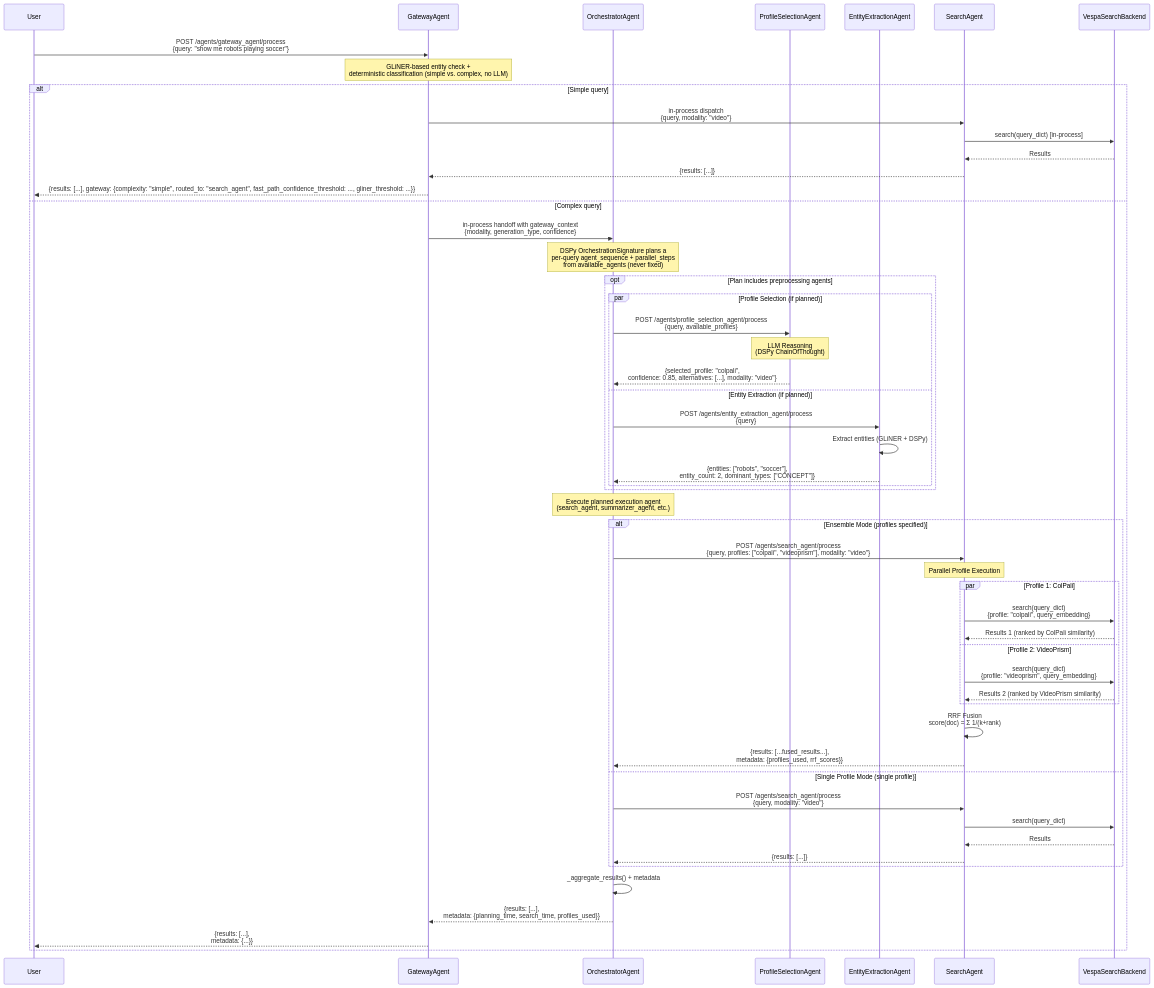
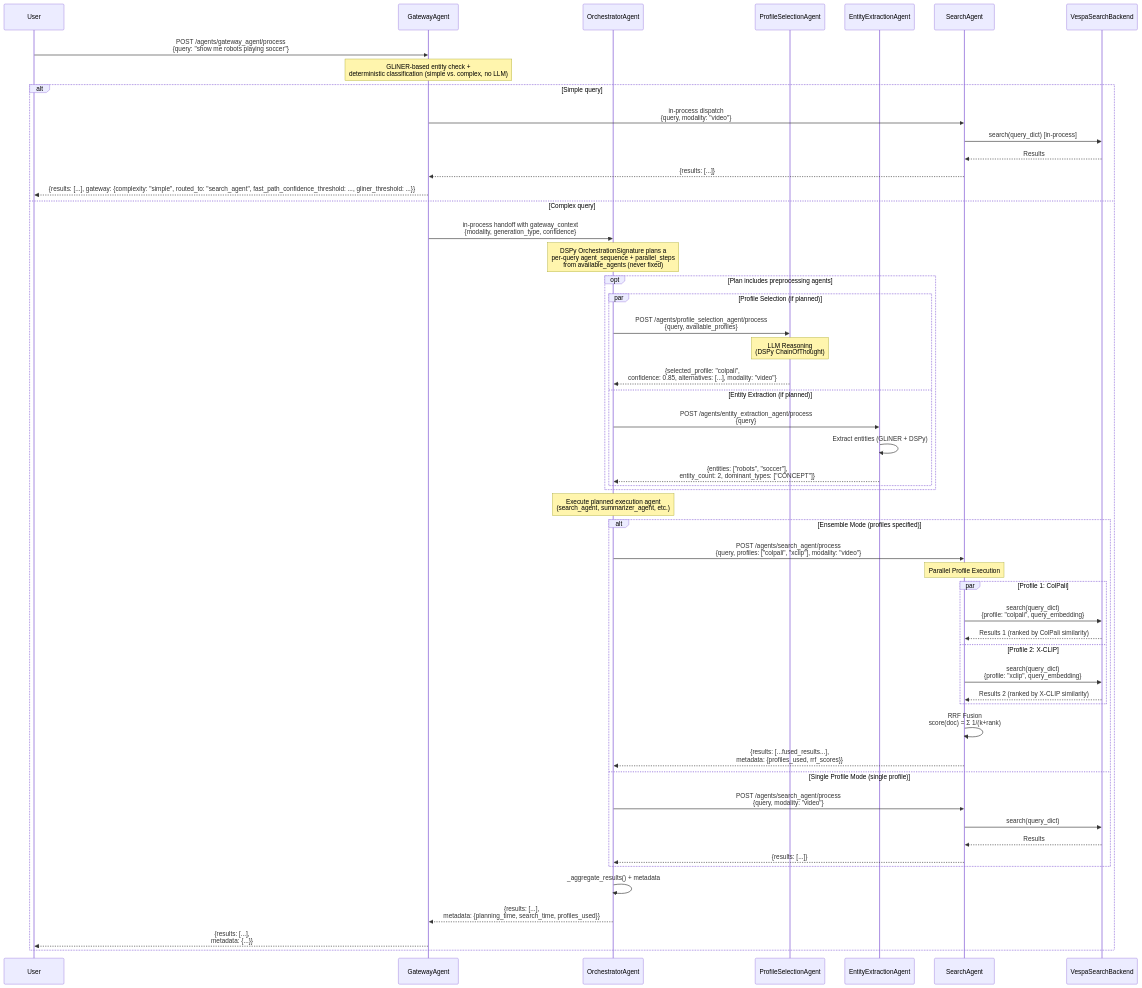
Before and after one commit to amit-jain/cogniverse: the second of 8 diagrams in docs/architecture/multi-agent-interactions.md, drawn with Mermaid. The commit also changed other lines of this file and 168 other files, not shown here.

First line of the commit message:
Remove VideoPrism; X-CLIP is the video embedder

````diff
--- a/docs/architecture/multi-agent-interactions.md
+++ b/docs/architecture/multi-agent-interactions.md
@@ -163,65 +163,65 @@
 ```mermaid
 sequenceDiagram
     participant User
     participant Gateway as GatewayAgent
     participant Orch as OrchestratorAgent
     participant Prof as ProfileSelectionAgent
     participant Entity as EntityExtractionAgent
     participant Search as SearchAgent
     participant Backend as VespaSearchBackend
 
     User->>Gateway: POST /agents/gateway_agent/process<br/>{query: "show me robots playing soccer"}
 
     Note over Gateway: GLiNER-based entity check +<br/>deterministic classification (simple vs. complex, no LLM)
 
     alt Simple query
         Gateway->>Search: in-process dispatch<br/>{query, modality: "video"}
         Search->>Backend: search(query_dict) [in-process]
         Backend-->>Search: Results
         Search-->>Gateway: {results: [...]}
         Gateway-->>User: {results: [...], gateway: {complexity: "simple", routed_to: "search_agent", fast_path_confidence_threshold: ..., gliner_threshold: ...}}
     else Complex query
         Gateway->>Orch: in-process handoff with gateway_context<br/>{modality, generation_type, confidence}
 
         Note over Orch: DSPy OrchestrationSignature plans a<br/>per-query agent_sequence + parallel_steps<br/>from available_agents (never fixed)
 
         opt Plan includes preprocessing agents
             par Profile Selection (if planned)
                 Orch->>Prof: POST /agents/profile_selection_agent/process<br/>{query, available_profiles}
                 Note over Prof: LLM Reasoning<br/>(DSPy ChainOfThought)
                 Prof-->>Orch: {selected_profile: "colpali",<br/>confidence: 0.85, alternatives: [...], modality: "video"}
             and Entity Extraction (if planned)
                 Orch->>Entity: POST /agents/entity_extraction_agent/process<br/>{query}
                 Entity->>Entity: Extract entities (GLiNER + DSPy)
                 Entity-->>Orch: {entities: ["robots", "soccer"],<br/>entity_count: 2, dominant_types: ["CONCEPT"]}
             end
         end
 
         Note over Orch: Execute planned execution agent<br/>(search_agent, summarizer_agent, etc.)
 
         alt Ensemble Mode (profiles specified)
-            Orch->>Search: POST /agents/search_agent/process<br/>{query, profiles: ["colpali", "videoprism"], modality: "video"}
+            Orch->>Search: POST /agents/search_agent/process<br/>{query, profiles: ["colpali", "xclip"], modality: "video"}
 
             Note over Search: Parallel Profile Execution
             par Profile 1: ColPali
                 Search->>Backend: search(query_dict)<br/>{profile: "colpali", query_embedding}
                 Backend-->>Search: Results 1 (ranked by ColPali similarity)
-            and Profile 2: VideoPrism
-                Search->>Backend: search(query_dict)<br/>{profile: "videoprism", query_embedding}
-                Backend-->>Search: Results 2 (ranked by VideoPrism similarity)
+            and Profile 2: X-CLIP
+                Search->>Backend: search(query_dict)<br/>{profile: "xclip", query_embedding}
+                Backend-->>Search: Results 2 (ranked by X-CLIP similarity)
             end
 
             Search->>Search: RRF Fusion<br/>score(doc) = Σ 1/(k+rank)
             Search-->>Orch: {results: [...fused_results...],<br/>metadata: {profiles_used, rrf_scores}}
         else Single Profile Mode (single profile)
             Orch->>Search: POST /agents/search_agent/process<br/>{query, modality: "video"}
             Search->>Backend: search(query_dict)
             Backend-->>Search: Results
             Search-->>Orch: {results: [...]}
         end
 
         Orch->>Orch: _aggregate_results() + metadata
         Orch-->>Gateway: {results: [...],<br/>metadata: {planning_time, search_time, profiles_used}}
         Gateway-->>User: {results: [...],<br/>metadata: {...}}
     end
 ```
````
